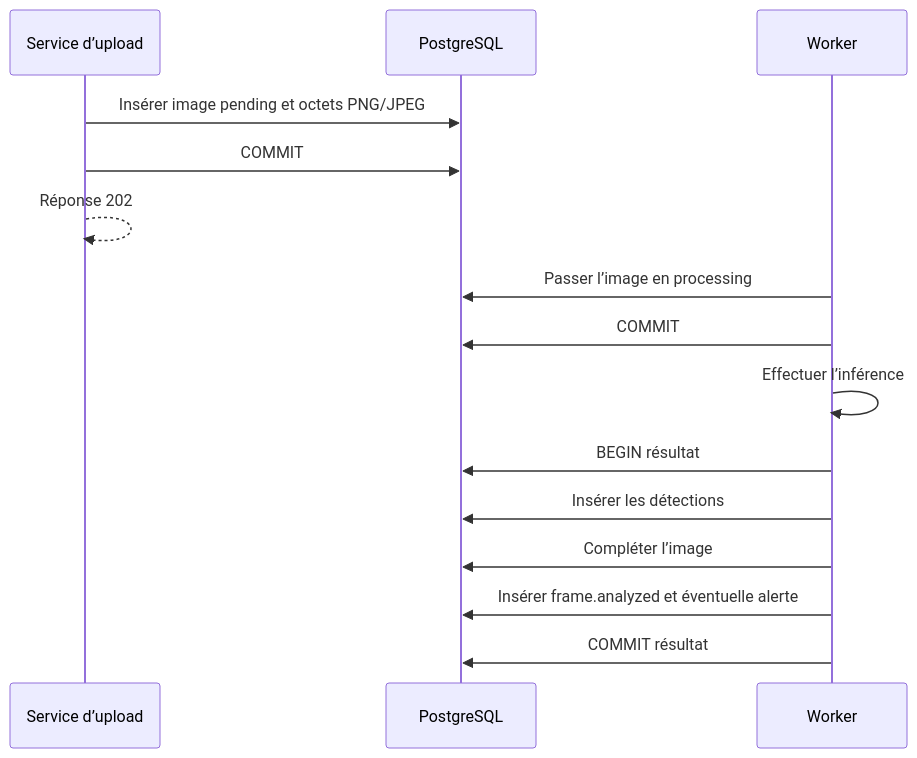
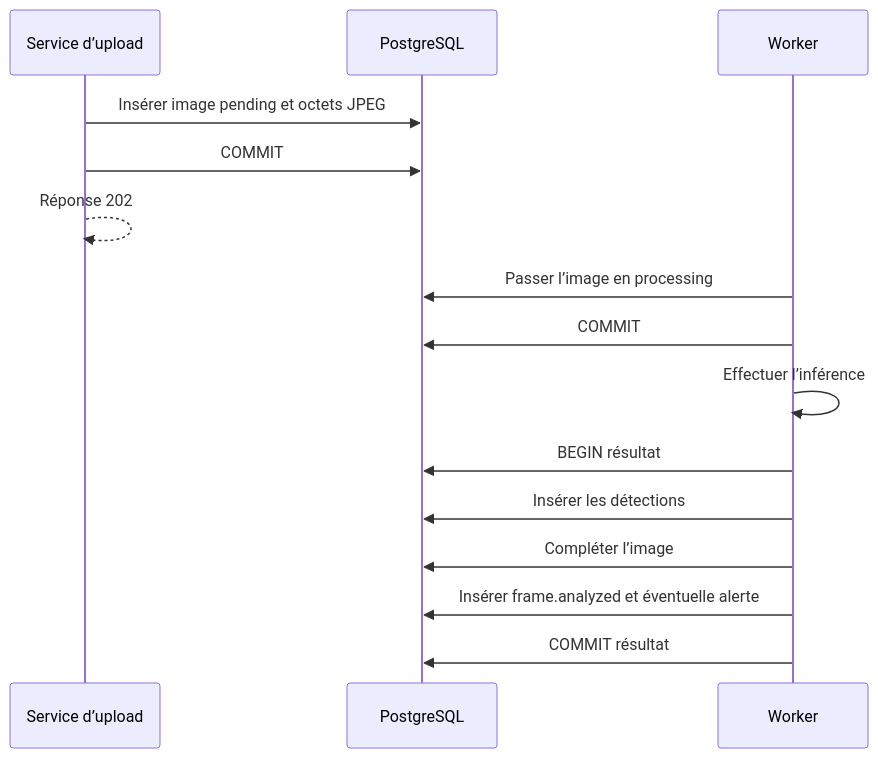
One commit to Mindsept/Looki--Vision changed the fourth of 6 diagrams in docs/02-base-de-donnees.md. Above: the diagram before and after it, drawn with Mermaid. The commit also changed other lines of this file and 26 other files, not shown here.

````diff
--- a/docs/02-base-de-donnees.md
+++ b/docs/02-base-de-donnees.md
@@ -229,17 +229,17 @@
 ```mermaid
 sequenceDiagram
     participant API as Service d’upload
     participant DB as PostgreSQL
     participant Worker
-    API->>DB: Insérer image pending et octets PNG/JPEG
+    API->>DB: Insérer image pending et octets JPEG
     API->>DB: COMMIT
     API-->>API: Réponse 202
     Worker->>DB: Passer l’image en processing
     Worker->>DB: COMMIT
     Worker->>Worker: Effectuer l’inférence
     Worker->>DB: BEGIN résultat
     Worker->>DB: Insérer les détections
     Worker->>DB: Compléter l’image
     Worker->>DB: Insérer frame.analyzed et éventuelle alerte
     Worker->>DB: COMMIT résultat
 ```
````
